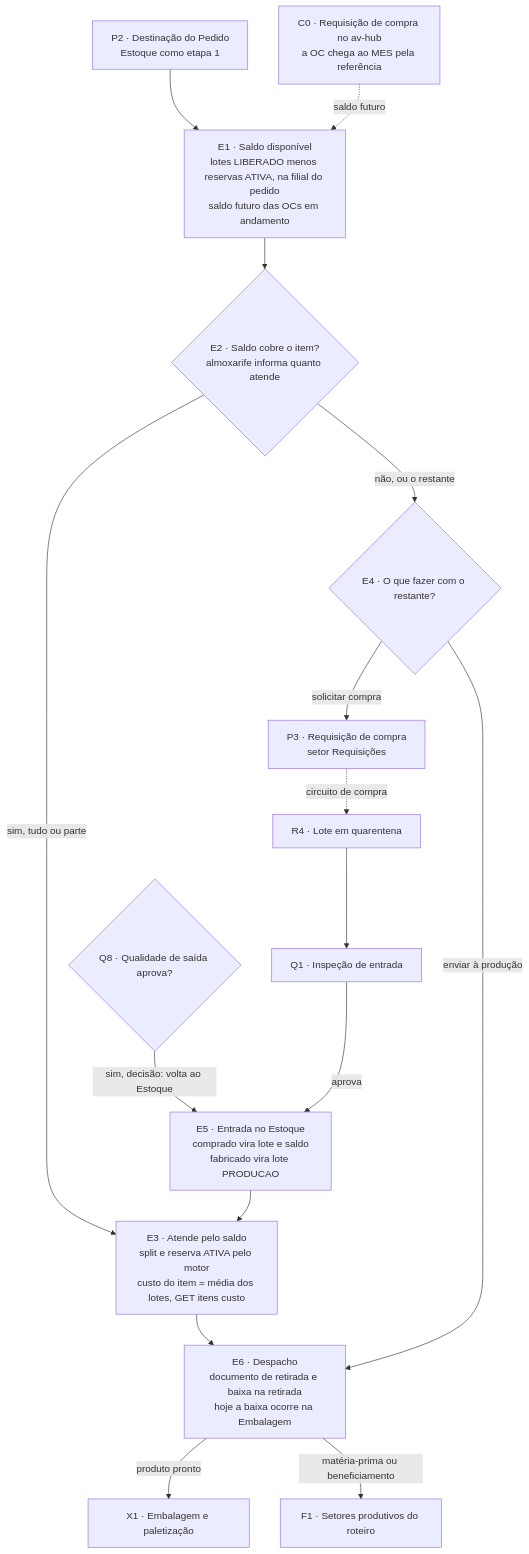
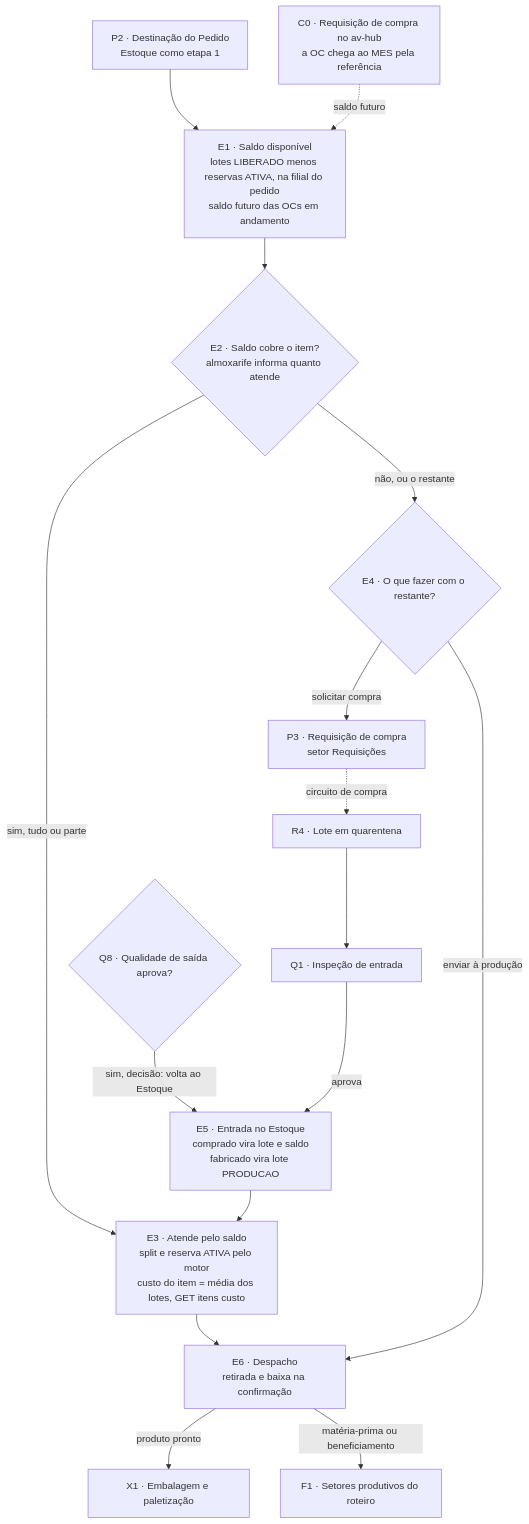
One commit to pablo-cruzbr/vault-avhub-mer changed the diagram in 02-Fluxo-de-Atividades/Partes/05-Estoque-Atendimento-Detalhe-Tecnico.md. Above: the diagram before and after it, drawn with Mermaid. The commit also changed other lines of this file, not shown here.

Commit message:
docs(estoque): reserva consumida na retirada e matéria-prima reservada (PR #97)

````diff
--- a/02-Fluxo-de-Atividades/Partes/05-Estoque-Atendimento-Detalhe-Tecnico.md
+++ b/02-Fluxo-de-Atividades/Partes/05-Estoque-Atendimento-Detalhe-Tecnico.md
@@ -158,18 +158,18 @@
 ```mermaid
 flowchart TD
     P2["P2 · Destinação do Pedido<br/>Estoque como etapa 1"] --> E1["E1 · Saldo disponível<br/>lotes LIBERADO menos reservas ATIVA, na filial do pedido<br/>saldo futuro das OCs em andamento"]
     C0["C0 · Requisição de compra no av-hub<br/>a OC chega ao MES pela referência"] -.->|"saldo futuro"| E1
     E1 --> E2{"E2 · Saldo cobre o item?<br/>almoxarife informa quanto atende"}
     E2 -->|"sim, tudo ou parte"| E3["E3 · Atende pelo saldo<br/>split e reserva ATIVA pelo motor<br/>custo do item = média dos lotes, GET itens custo"]
     E2 -->|"não, ou o restante"| E4{"E4 · O que fazer com o restante?"}
     E4 -->|"solicitar compra"| P3["P3 · Requisição de compra<br/>setor Requisições"]
     E4 -->|"enviar à produção"| E6
     P3 -.->|"circuito de compra"| R4["R4 · Lote em quarentena"]
     R4 --> Q1["Q1 · Inspeção de entrada"]
     Q1 -->|"aprova"| E5["E5 · Entrada no Estoque<br/>comprado vira lote e saldo<br/>fabricado vira lote PRODUCAO"]
     Q8{"Q8 · Qualidade de saída aprova?"} -->|"sim, decisão: volta ao Estoque"| E5
     E5 --> E3
-    E3 --> E6["E6 · Despacho<br/>documento de retirada e baixa na retirada<br/>hoje a baixa ocorre na Embalagem"]
+    E3 --> E6["E6 · Despacho<br/>retirada e baixa na confirmação"]
     E6 -->|"produto pronto"| X1["X1 · Embalagem e paletização"]
     E6 -->|"matéria-prima ou beneficiamento"| F1["F1 · Setores produtivos do roteiro"]
 ```
````
